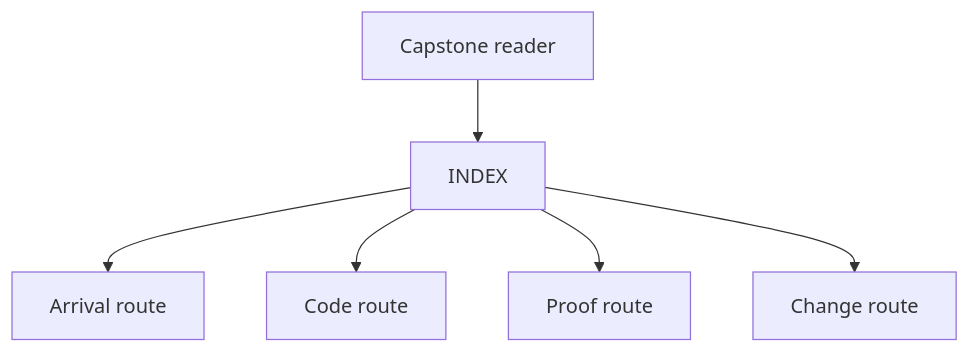
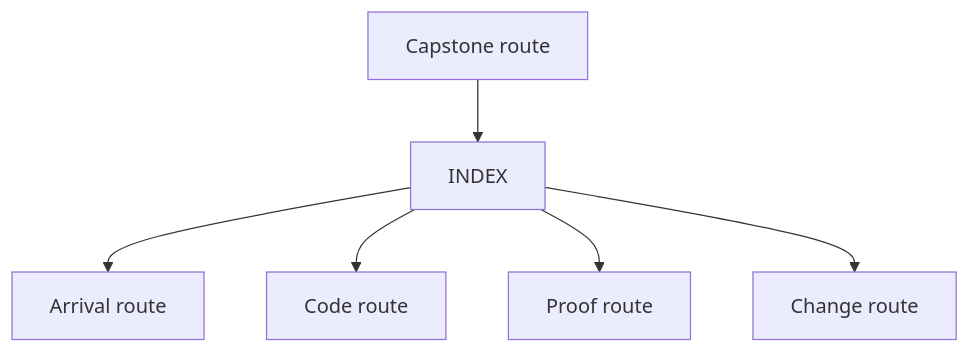
One commit to bijux/bijux-masterclass changed the first of 2 diagrams in programs/python-programming/python-functional-programming/capstone/docs/index.md. Above: the diagram before and after it, drawn with Mermaid. The commit also changed other lines of this file and 13 other files, not shown here.

Commit message:
fix(docs): clarify functional capstone route language

````diff
--- a/programs/python-programming/python-functional-programming/capstone/docs/index.md
+++ b/programs/python-programming/python-functional-programming/capstone/docs/index.md
@@ -3,8 +3,8 @@
 ```mermaid
 flowchart TD
-  reader["Capstone reader"] --> index["INDEX"]
+  route["Capstone route"] --> index["INDEX"]
   index --> arrive["Arrival route"]
   index --> code["Code route"]
   index --> proof["Proof route"]
   index --> change["Change route"]
 ```
````
